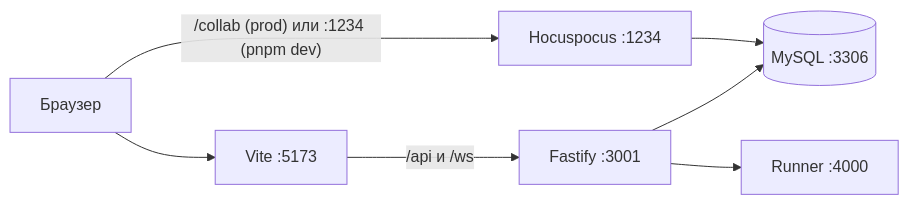
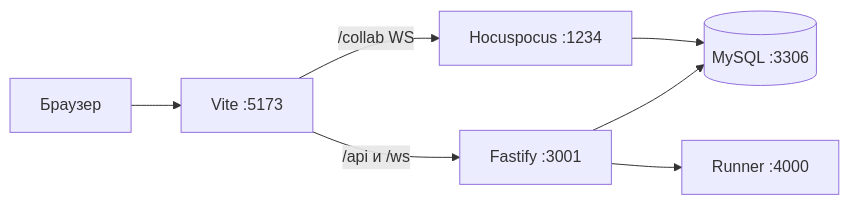
The diagram in README.md (DamBalDoor/Livepad), drawn with Mermaid before and after one commit. The commit also changed other lines of this file and 1 other file, not shown here.

First line of the commit message:
docs: обновить README под develop (тема, UX, collab proxy)

````diff
--- a/README.md
+++ b/README.md
@@ -34,16 +36,16 @@
 ```mermaid
 flowchart LR
   Browser[Браузер]
   Web[Vite :5173]
   Api[Fastify :3001]
   Collab[Hocuspocus :1234]
   Db[(MySQL :3306)]
   Runner[Runner :4000]
 
   Browser --> Web
   Web -->|"/api и /ws"| Api
-  Browser -->|"/collab (prod) или :1234 (pnpm dev)"| Collab
+  Web -->|"/collab WS"| Collab
   Api --> Db
   Collab --> Db
   Api --> Runner
 ```
````
